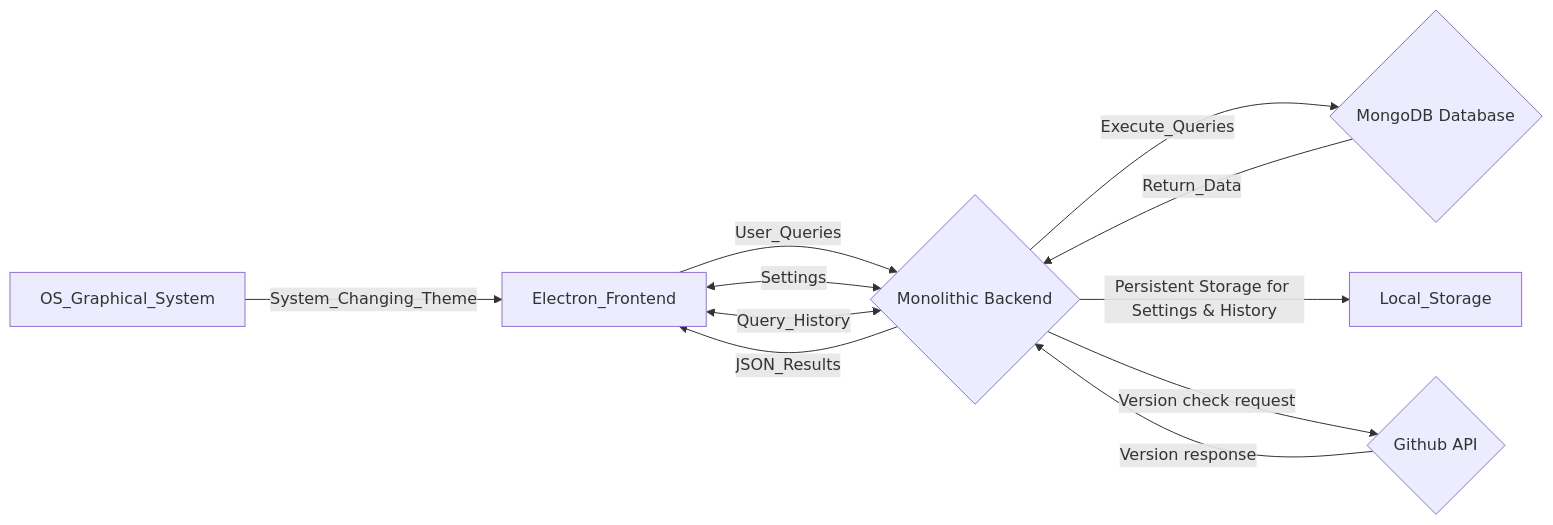
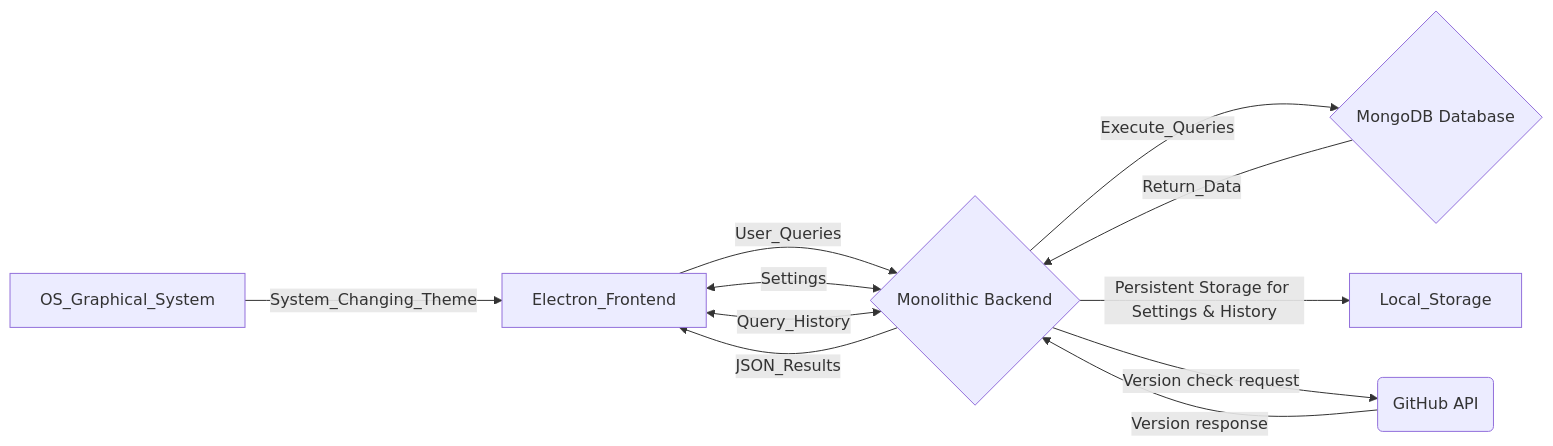
Before and after one commit to vladislavlobanov/my-electron-app: the diagram in README.md, drawn with Mermaid.

````diff
--- a/README.md
+++ b/README.md
@@ -64,13 +64,13 @@
 ```mermaid
 flowchart LR
    E["OS_Graphical_System"] -- "System_Changing_Theme" --> A["Electron_Frontend"]
    A["Electron_Frontend"] -- "User_Queries" --> B{"Monolithic Backend"}
    B -- "Execute_Queries" --> C{"MongoDB Database"}
    C -- "Return_Data" --> B
    B -- "JSON_Results" --> A
    A <-- "Settings" --> B
    A <-- "Query_History" --> B
    B -- "Persistent Storage for Settings & History" --> D["Local_Storage"]
-   B -- "Version check request" --> F{"Github API"}
+   B -- "Version check request" --> F("GitHub API")
    F -- "Version response" --> B
 ```
````
